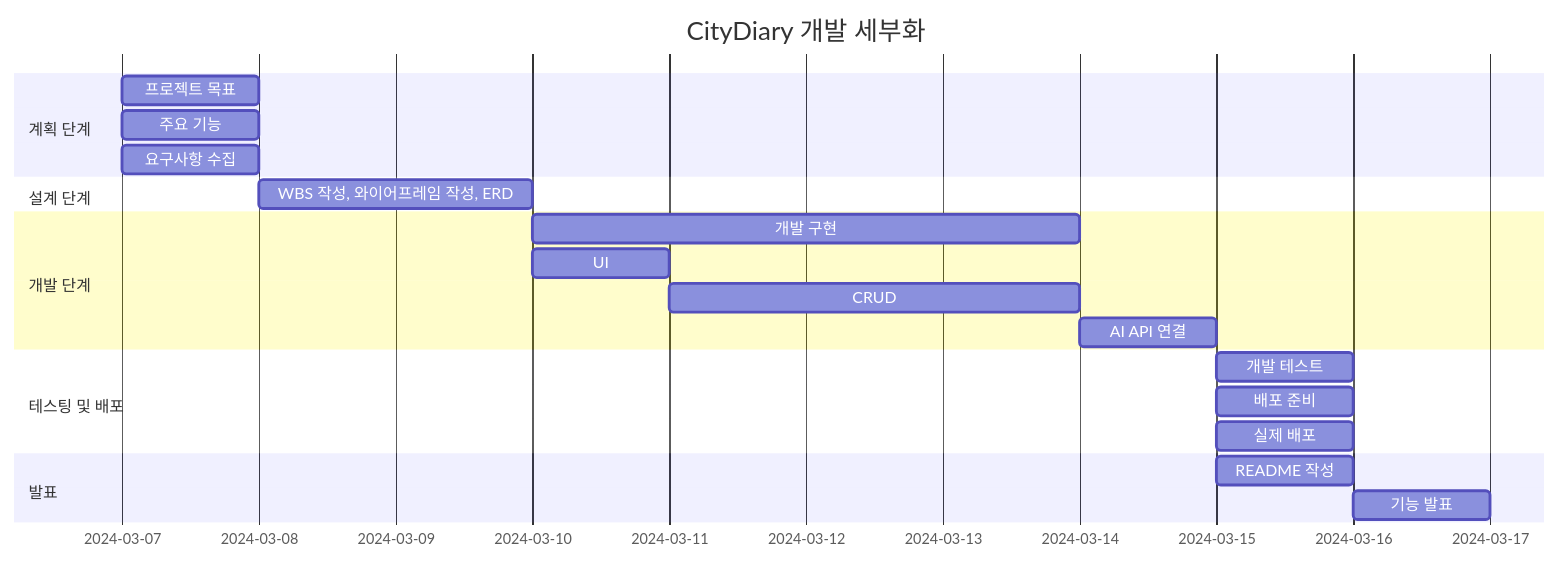
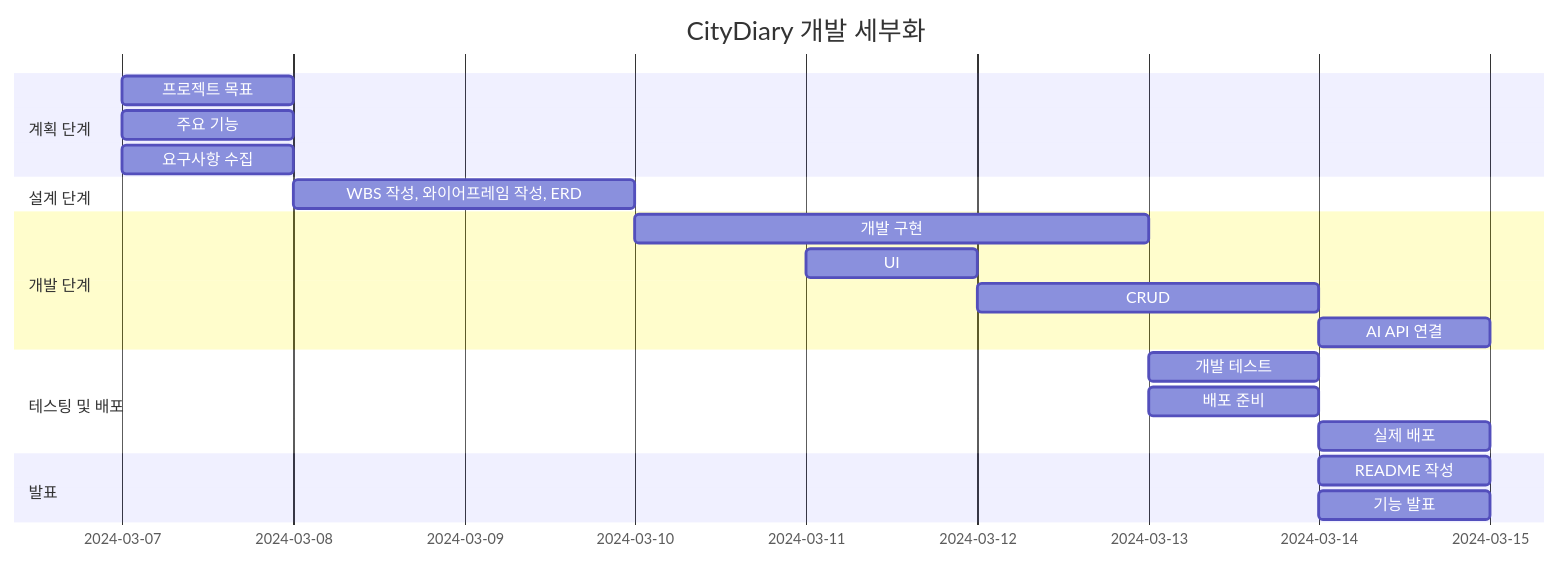
Before and after one commit to soohyun020812/Portfolio_CityDiary: the diagram in README.md, drawn with Mermaid.

````diff
--- a/README.md
+++ b/README.md
@@ -42,28 +42,28 @@
 ```mermaid
 gantt
     title CityDiary 개발 세부화
     dateFormat    YYYY-MM-DD
 
     section 계획 단계
     프로젝트 목표 : 2024-03-07, 1d
     주요 기능 : 2024-03-07, 1d
     요구사항 수집 : 2024-03-07, 1d
     
     section 설계 단계
     WBS 작성, 와이어프레임 작성, ERD : 2024-03-08, 2d
 
     section 개발 단계
-    개발 구현 : 2024-03-10, 4d
-    UI : 2024-03-10, 1d
-    CRUD : 2024-03-11, 3d
+    개발 구현 : 2024-03-10, 3d
+    UI : 2024-03-11, 1d
+    CRUD : 2024-03-12, 2d
     AI API 연결 : 2024-03-14, 1d
     
     section 테스팅 및 배포
-    개발 테스트 : 2024-03-15, 1d
-    배포 준비 : 2024-03-15, 1d
-    실제 배포 : 2024-03-15, 1d
+    개발 테스트 : 2024-03-13, 1d
+    배포 준비 : 2024-03-13, 1d
+    실제 배포 : 2024-03-14, 1d
 
     section 발표
-    README 작성 : 2024-03-15, 1d
-    기능 발표 : 2024-03-16, 1d
+    README 작성 : 2024-03-14, 1d
+    기능 발표 : 2024-03-14, 1d
 ```
````
